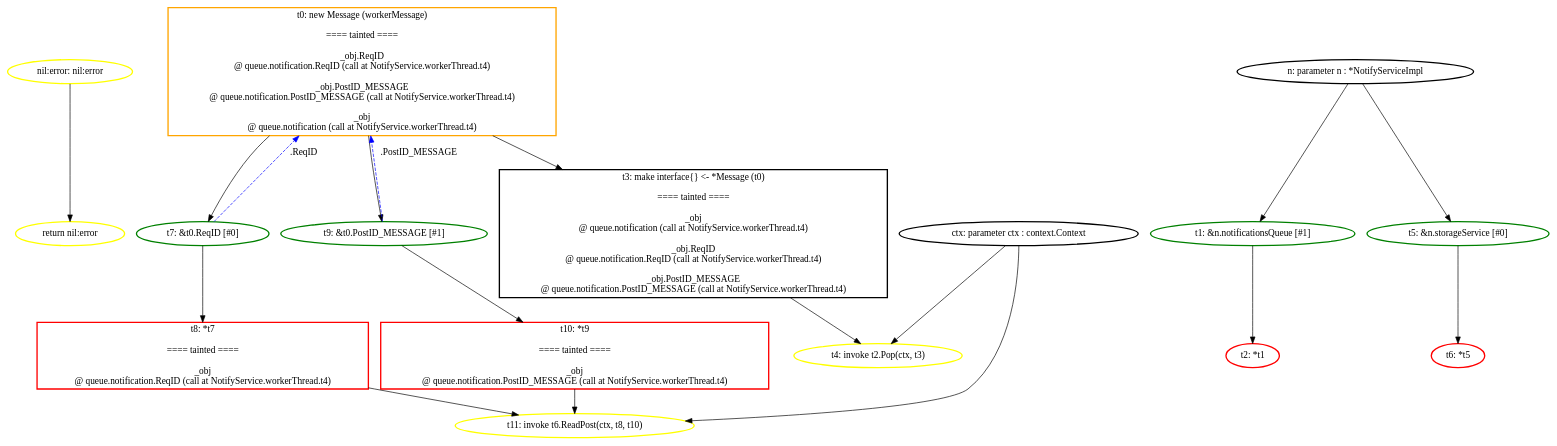
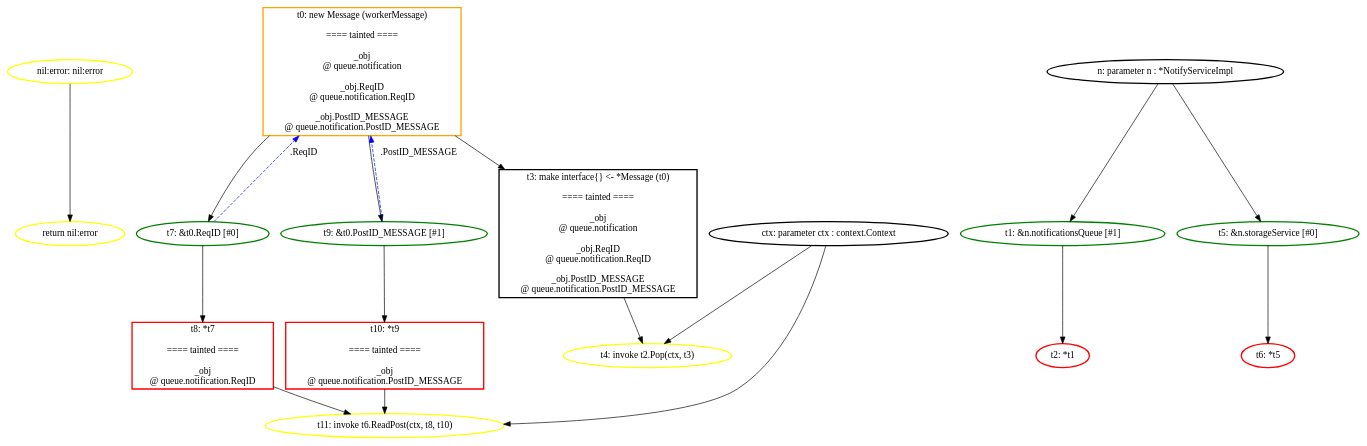
Before and after one commit to aletheia-microservices/aletheia: the diagram in ssa_analysis/analyzer/output/blueprint/postnotification/notifyservice_run/graphs/postnotification_simple.NotifyService.workerThread.dot, drawn with Graphviz. The commit also changed 21 other files, not shown here.

Commit message:
feat(abstractgraph): export graph to dot file

```diff
--- a/ssa_analysis/analyzer/output/blueprint/postnotification/notifyservice_run/graphs/postnotification_simple.NotifyService.workerThread.dot
+++ b/ssa_analysis/analyzer/output/blueprint/postnotification/notifyservice_run/graphs/postnotification_simple.NotifyService.workerThread.dot
@@ -1,72 +1,72 @@
 digraph G {
 	rankdir=TD;
-	N_instr_ret_3752340 [label="return nil:error", style=bold, shape=ellipse, color="yellow"];
-	N_nil_724040383 [label="nil:error: nil:error", style=bold, shape=ellipse, color="yellow"];
-	N_val_alloc_3752163 [label="t0: new Message (workerMessage)
+	N_instr_ret_3038590 [label="return nil:error", style=bold, shape=ellipse, color="yellow"];
+	N_nil_166781527 [label="nil:error: nil:error", style=bold, shape=ellipse, color="yellow"];
+	N_val_alloc_3038413 [label="t0: new Message (workerMessage)
 
 ==== tainted ====
 
+_obj
+@ queue.notification
+
 _obj.ReqID
-@ queue.notification.ReqID (call at NotifyService.workerThread.t4)
+@ queue.notification.ReqID
 
 _obj.PostID_MESSAGE
-@ queue.notification.PostID_MESSAGE (call at NotifyService.workerThread.t4)
-
-_obj
-@ queue.notification (call at NotifyService.workerThread.t4)
+@ queue.notification.PostID_MESSAGE
 ", style=bold, shape=box, color="orange"];
-	N_val_call_3752211 [label="t4: invoke t2.Pop(ctx, t3)", style=bold, shape=ellipse, color="yellow"];
-	N_val_call_3752260 [label="t11: invoke t6.ReadPost(ctx, t8, t10)", style=bold, shape=ellipse, color="yellow"];
-	N_val_field_3752189 [label="t1: &n.notificationsQueue [#1]", style=bold, shape=ellipse, color="green"];
-	N_val_field_3752237 [label="t5: &n.storageService [#0]", style=bold, shape=ellipse, color="green"];
-	N_val_field_3752280 [label="t7: &t0.ReqID [#0]", style=bold, shape=ellipse, color="green"];
-	N_val_field_3752301 [label="t9: &t0.PostID_MESSAGE [#1]", style=bold, shape=ellipse, color="green"];
+	N_val_call_3038461 [label="t4: invoke t2.Pop(ctx, t3)", style=bold, shape=ellipse, color="yellow"];
+	N_val_call_3038510 [label="t11: invoke t6.ReadPost(ctx, t8, t10)", style=bold, shape=ellipse, color="yellow"];
+	N_val_field_3038439 [label="t1: &n.notificationsQueue [#1]", style=bold, shape=ellipse, color="green"];
+	N_val_field_3038487 [label="t5: &n.storageService [#0]", style=bold, shape=ellipse, color="green"];
+	N_val_field_3038530 [label="t7: &t0.ReqID [#0]", style=bold, shape=ellipse, color="green"];
+	N_val_field_3038551 [label="t9: &t0.PostID_MESSAGE [#1]", style=bold, shape=ellipse, color="green"];
 	N_val_ifacet3 [label="t3: make interface{} <- *Message (t0)
 
 ==== tainted ====
 
 _obj
-@ queue.notification (call at NotifyService.workerThread.t4)
+@ queue.notification
 
 _obj.ReqID
-@ queue.notification.ReqID (call at NotifyService.workerThread.t4)
+@ queue.notification.ReqID
 
 _obj.PostID_MESSAGE
-@ queue.notification.PostID_MESSAGE (call at NotifyService.workerThread.t4)
+@ queue.notification.PostID_MESSAGE
 ", style=bold, shape=box, color="black"];
-	N_val_param_3752047 [label="n: parameter n : *NotifyServiceImpl", style=bold, shape=ellipse, color="black"];
-	N_val_param_3752082 [label="ctx: parameter ctx : context.Context", style=bold, shape=ellipse, color="black"];
-	N_val_unary_3752189 [label="t2: *t1", style=bold, shape=ellipse, color="red"];
-	N_val_unary_3752237 [label="t6: *t5", style=bold, shape=ellipse, color="red"];
-	N_val_unary_3752280 [label="t8: *t7
+	N_val_param_3038297 [label="n: parameter n : *NotifyServiceImpl", style=bold, shape=ellipse, color="black"];
+	N_val_param_3038332 [label="ctx: parameter ctx : context.Context", style=bold, shape=ellipse, color="black"];
+	N_val_unary_3038439 [label="t2: *t1", style=bold, shape=ellipse, color="red"];
+	N_val_unary_3038487 [label="t6: *t5", style=bold, shape=ellipse, color="red"];
+	N_val_unary_3038530 [label="t8: *t7
 
 ==== tainted ====
 
 _obj
-@ queue.notification.ReqID (call at NotifyService.workerThread.t4)
+@ queue.notification.ReqID
 ", style=bold, shape=box, color="red"];
-	N_val_unary_3752301 [label="t10: *t9
+	N_val_unary_3038551 [label="t10: *t9
 
 ==== tainted ====
 
 _obj
-@ queue.notification.PostID_MESSAGE (call at NotifyService.workerThread.t4)
+@ queue.notification.PostID_MESSAGE
 ", style=bold, shape=box, color="red"];
-	N_val_param_3752047 -> N_val_field_3752189;
-	N_val_field_3752189 -> N_val_unary_3752189;
-	N_val_alloc_3752163 -> N_val_ifacet3;
-	N_val_param_3752082 -> N_val_call_3752211;
-	N_val_ifacet3 -> N_val_call_3752211;
-	N_val_param_3752047 -> N_val_field_3752237;
-	N_val_field_3752237 -> N_val_unary_3752237;
-	N_val_alloc_3752163 -> N_val_field_3752280;
-	N_val_field_3752280 -> N_val_unary_3752280;
-	N_val_alloc_3752163 -> N_val_field_3752301;
-	N_val_field_3752301 -> N_val_unary_3752301;
-	N_val_param_3752082 -> N_val_call_3752260;
-	N_val_unary_3752280 -> N_val_call_3752260;
-	N_val_unary_3752301 -> N_val_call_3752260;
-	N_nil_724040383 -> N_instr_ret_3752340;
-	N_val_field_3752301 -> N_val_alloc_3752163 [label=".PostID_MESSAGE", style=dashed, color=blue];
-	N_val_field_3752280 -> N_val_alloc_3752163 [label=".ReqID", style=dashed, color=blue];
+	N_val_param_3038297 -> N_val_field_3038439;
+	N_val_field_3038439 -> N_val_unary_3038439;
+	N_val_alloc_3038413 -> N_val_ifacet3;
+	N_val_param_3038332 -> N_val_call_3038461;
+	N_val_ifacet3 -> N_val_call_3038461;
+	N_val_param_3038297 -> N_val_field_3038487;
+	N_val_field_3038487 -> N_val_unary_3038487;
+	N_val_alloc_3038413 -> N_val_field_3038530;
+	N_val_field_3038530 -> N_val_unary_3038530;
+	N_val_alloc_3038413 -> N_val_field_3038551;
+	N_val_field_3038551 -> N_val_unary_3038551;
+	N_val_param_3038332 -> N_val_call_3038510;
+	N_val_unary_3038530 -> N_val_call_3038510;
+	N_val_unary_3038551 -> N_val_call_3038510;
+	N_nil_166781527 -> N_instr_ret_3038590;
+	N_val_field_3038530 -> N_val_alloc_3038413 [label=".ReqID", style=dashed, color=blue];
+	N_val_field_3038551 -> N_val_alloc_3038413 [label=".PostID_MESSAGE", style=dashed, color=blue];
 }
```
